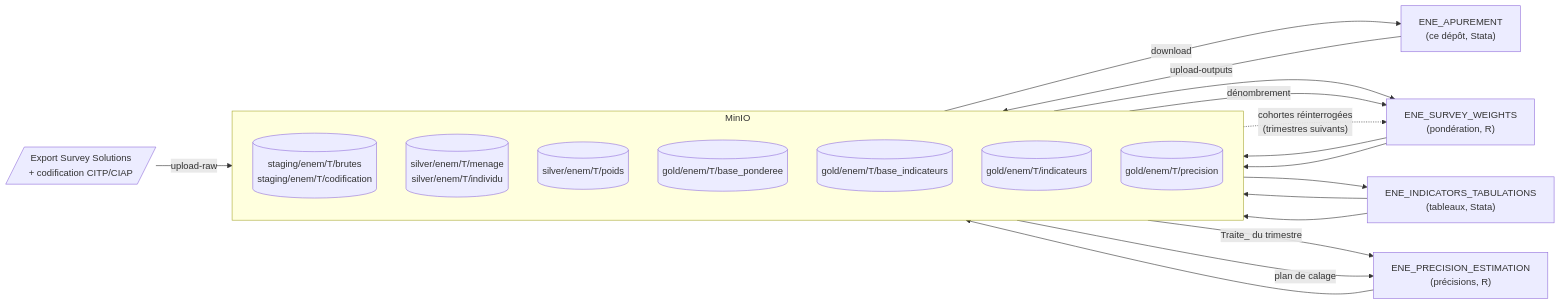
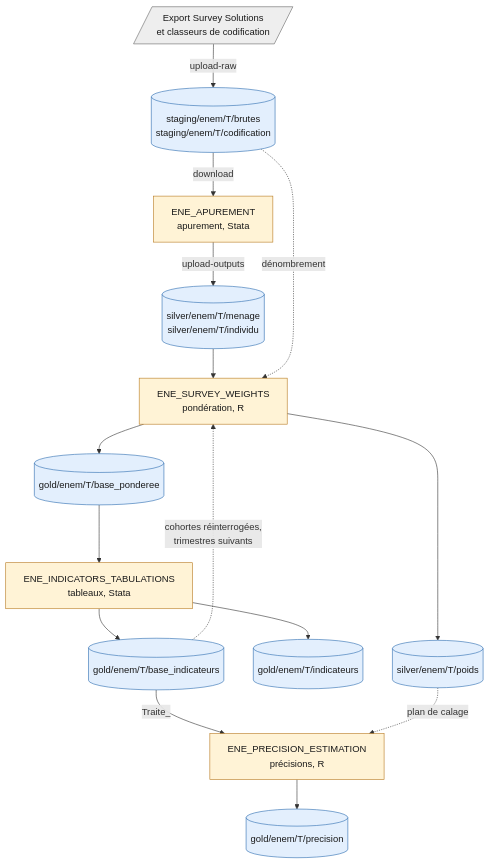
One commit to cae-ins/ene_apurement changed the first of 3 diagrams in README.md. Above: the diagram before and after it, drawn with Mermaid. The commit also changed other lines of this file, not shown here.

````diff
--- a/README.md
+++ b/README.md
@@ -67,35 +67,37 @@
 ```mermaid
-flowchart LR
-    SS[/"Export Survey Solutions<br/>+ codification CITP/CIAP"/]
-
-    subgraph MINIO["MinIO"]
-        direction TB
-        ST[("staging/enem/T/brutes<br/>staging/enem/T/codification")]
-        SI[("silver/enem/T/menage<br/>silver/enem/T/individu")]
-        SP[("silver/enem/T/poids")]
-        GP[("gold/enem/T/base_ponderee")]
-        GB[("gold/enem/T/base_indicateurs")]
-        GI[("gold/enem/T/indicateurs")]
-        GR[("gold/enem/T/precision")]
-    end
-
-    A["ENE_APUREMENT<br/>(ce dépôt, Stata)"]
-    W["ENE_SURVEY_WEIGHTS<br/>(pondération, R)"]
-    T["ENE_INDICATORS_TABULATIONS<br/>(tableaux, Stata)"]
-    P["ENE_PRECISION_ESTIMATION<br/>(précisions, R)"]
+flowchart TD
+    SS[/"Export Survey Solutions<br/>et classeurs de codification"/]
+    ST[("staging/enem/T/brutes<br/>staging/enem/T/codification")]
+    A["ENE_APUREMENT<br/>apurement, Stata"]
+    SI[("silver/enem/T/menage<br/>silver/enem/T/individu")]
+    W["ENE_SURVEY_WEIGHTS<br/>pondération, R"]
+    GP[("gold/enem/T/base_ponderee")]
+    SP[("silver/enem/T/poids")]
+    T["ENE_INDICATORS_TABULATIONS<br/>tableaux, Stata"]
+    GI[("gold/enem/T/indicateurs")]
+    GB[("gold/enem/T/base_indicateurs")]
+    P["ENE_PRECISION_ESTIMATION<br/>précisions, R"]
+    GR[("gold/enem/T/precision")]
 
     SS -- "upload-raw" --> ST
     ST -- "download" --> A
     A -- "upload-outputs" --> SI
     SI --> W
-    ST -- "dénombrement" --> W
+    ST -. "dénombrement" .-> W
+    W --> GP
     W --> SP
-    W --> GP
     GP --> T
     T --> GI
     T --> GB
-    GB -- "Traite_ du trimestre" --> P
-    SP -- "plan de calage" --> P
+    GB -- "Traite_" --> P
+    SP -. "plan de calage" .-> P
     P --> GR
-    GB -. "cohortes réinterrogées<br/>(trimestres suivants)" .-> W
+    GB -. "cohortes réinterrogées,<br/>trimestres suivants" .-> W
+
+    classDef depot fill:#fff3d6,stroke:#b7791f,color:#1a1a1a
+    classDef minio fill:#e3effd,stroke:#2b6cb0,color:#1a1a1a
+    classDef source fill:#eeeeee,stroke:#666666,color:#1a1a1a
+    class A,W,T,P depot
+    class ST,SI,GP,SP,GI,GB,GR minio
+    class SS source
 ```
````
